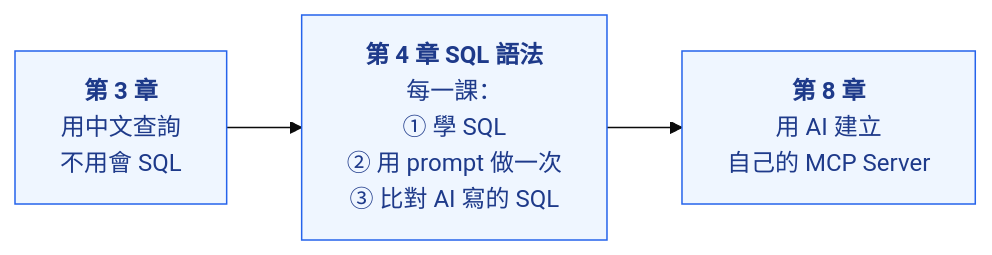
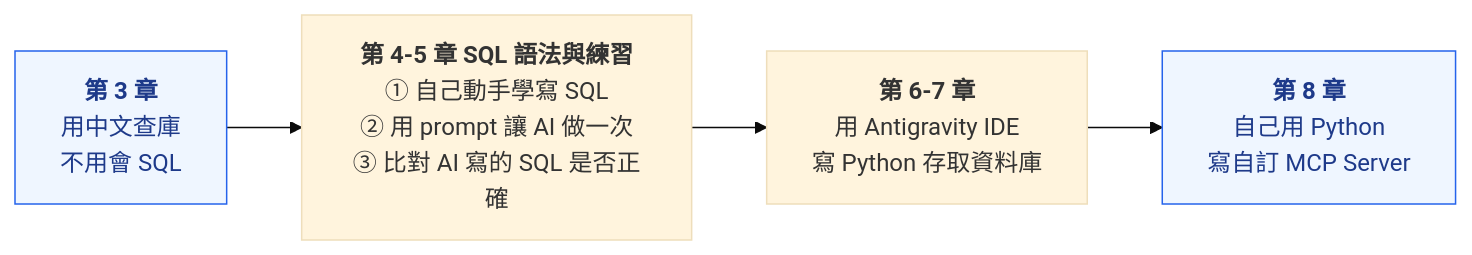
Before and after one commit to roberthsu2003/postgreSQL_MCP: the second of 2 diagrams in MCP操作資料庫/README.md, drawn with Mermaid (base theme). The commit also changed other lines of this file and 28 other files, not shown here.

Commit message:
docs: add documentation for Raspberry Pi Docker setup, Supabase, and MCP configuration along with SQL course updates

````diff
--- a/MCP操作資料庫/README.md
+++ b/MCP操作資料庫/README.md
@@ -47,8 +50,9 @@
 ```mermaid
 flowchart LR
-    C3["<b>第 3 章</b><br/>用中文查詢<br/>不用會 SQL"] --> C4["<b>第 4 章 SQL 語法</b><br/>每一課：<br/>① 學 SQL<br/>② 用 prompt 做一次<br/>③ 比對 AI 寫的 SQL"]
-    C4 --> C8["<b>第 8 章</b><br/>用 AI 建立<br/>自己的 MCP Server"]
+    C3["<b>第 3 章</b><br/>用中文查庫<br/>不用會 SQL"] --> C4["<b>第 4-5 章 SQL 語法與練習</b><br/>① 自己動手學寫 SQL<br/>② 用 prompt 讓 AI 做一次<br/>③ 比對 AI 寫的 SQL 是否正確"]
+    C4 --> C6["<b>第 6-7 章</b><br/>用 Antigravity IDE<br/>寫 Python 存取資料庫"]
+    C6 --> C8["<b>第 8 章</b><br/>自己用 Python<br/>寫自訂 MCP Server"]
 
     classDef mcp fill:#eff6ff,stroke:#2563eb,color:#1e3a8a
-    class C3,C4,C8 mcp
+    class C3,C8 mcp
 ```
````
